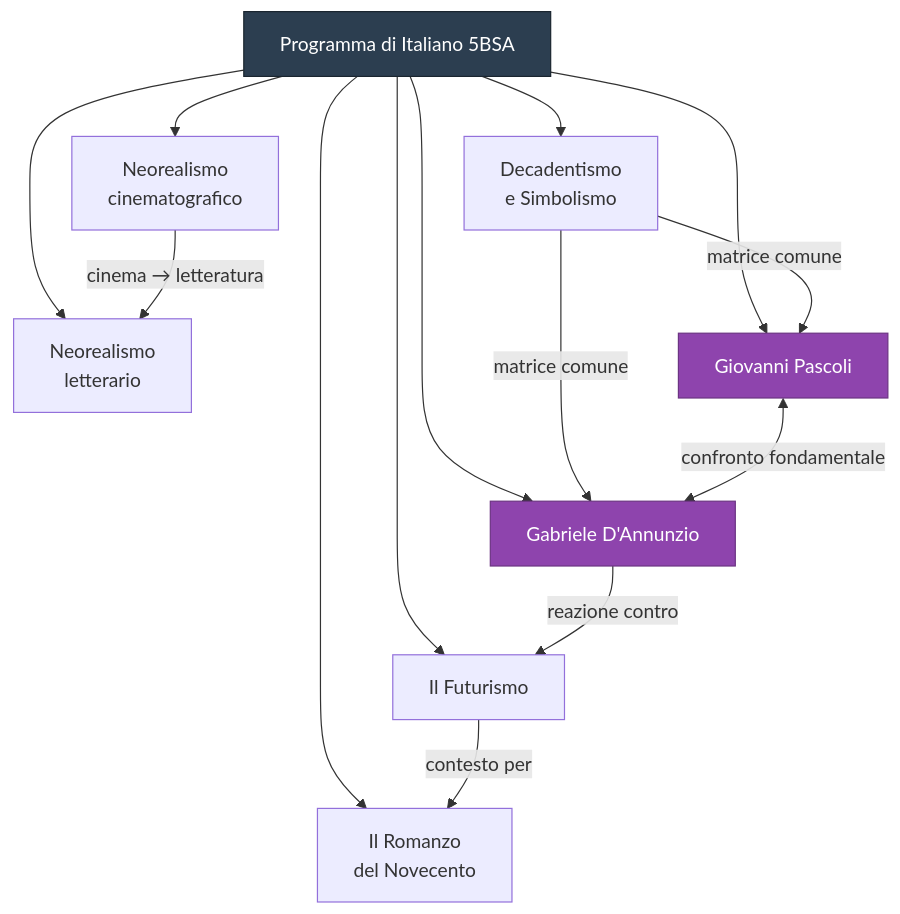
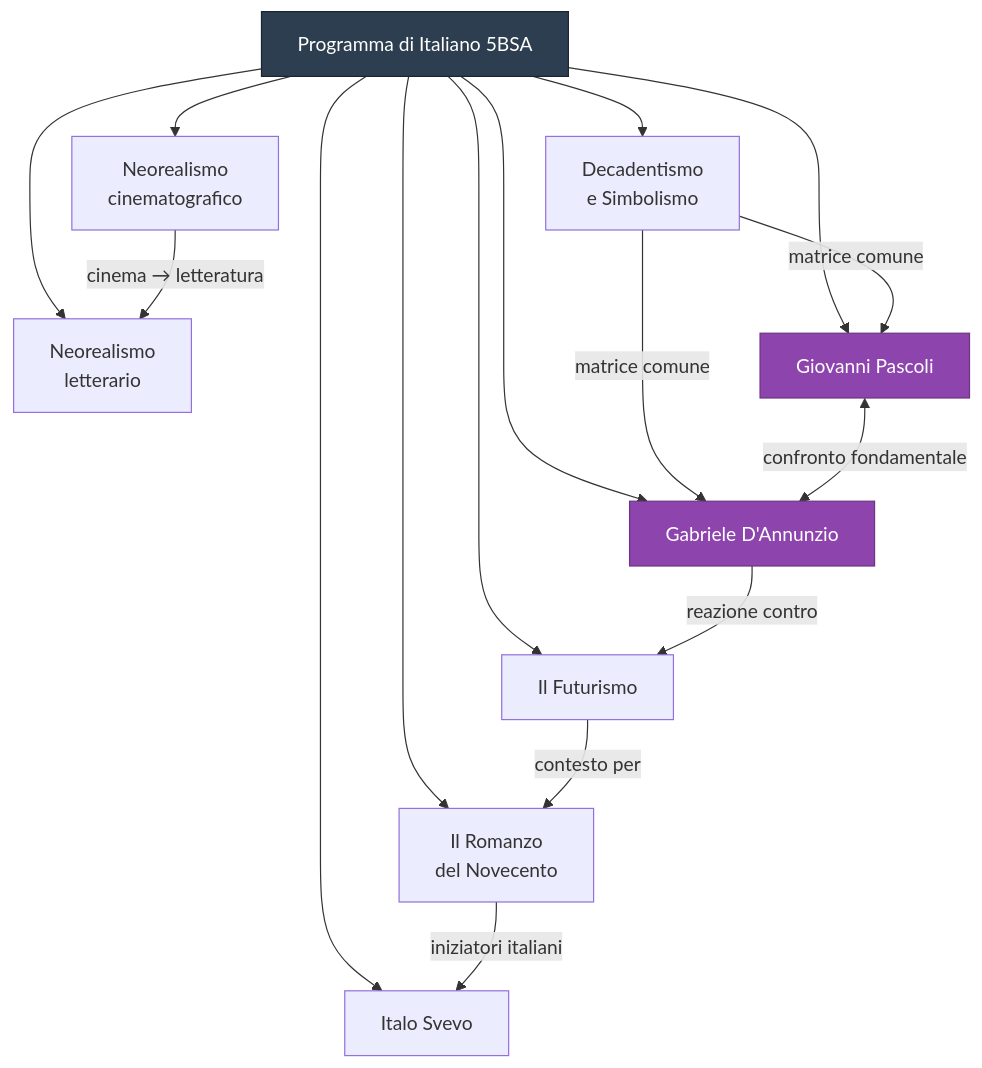
The diagram in italiano/INDICE.md (riccardo-algorime/appunti-5Bsa), drawn with Mermaid before and after one commit. The commit also changed other lines of this file and 5 other files, not shown here.

````diff
--- a/italiano/INDICE.md
+++ b/italiano/INDICE.md
@@ -25,21 +25,23 @@
 ```mermaid
 flowchart TD
     A[Programma di Italiano 5BSA] --> B[Neorealismo<br/>cinematografico]
     A --> C[Neorealismo<br/>letterario]
     A --> D[Decadentismo<br/>e Simbolismo]
     A --> E[Giovanni Pascoli]
     A --> F[Gabriele D'Annunzio]
     A --> G[Il Futurismo]
     A --> H[Il Romanzo<br/>del Novecento]
+    A --> I[Italo Svevo]
 
     D -->|"matrice comune"| E
     D -->|"matrice comune"| F
     E <-->|"confronto fondamentale"| F
     F -->|"reazione contro"| G
     G -->|"contesto per"| H
+    H -->|"iniziatori italiani"| I
     B -->|"cinema → letteratura"| C
 
     style A fill:#2c3e50,stroke:#1a252f,color:#fff
     style E fill:#8e44ad,stroke:#6c3483,color:#fff
     style F fill:#8e44ad,stroke:#6c3483,color:#fff
 ```
````
